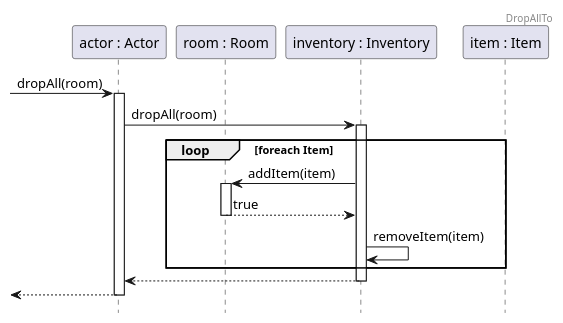
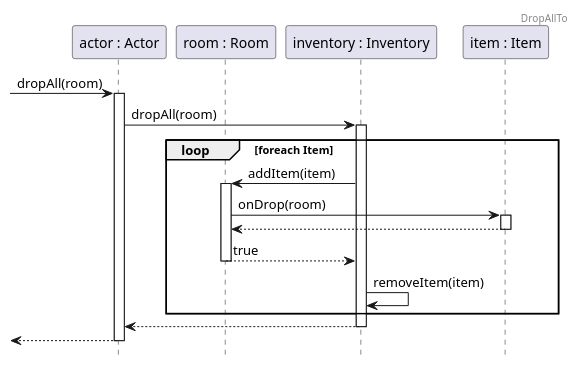
The diagram in docs/sequence/items/DropAllTo.puml (Kristof-me/Logarlec), drawn with PlantUML before and after one commit. The commit also changed 8 other files, not shown here.

Commit message:
Checked Sequence 13-24

```diff
--- a/docs/sequence/items/DropAllTo.puml
+++ b/docs/sequence/items/DropAllTo.puml
@@ -1,19 +1,21 @@
 @startuml DropAllTo
 header DropAllTo
 hide footbox
 participant Actor as "actor : Actor"
 participant Room as "room : Room"
 participant Inventory as "inventory : Inventory"
 participant Item as "item : Item"
 
 -> Actor ++: dropAll(room)
 Actor -> Inventory++: dropAll(room)
 loop foreach Item
     Inventory -> Room++: addItem(item)
+    Room -> Item ++: onDrop(room)
+    return
     return true
     Inventory -> Inventory : removeItem(item)
 end
 
 return
 return
 @enduml
```
